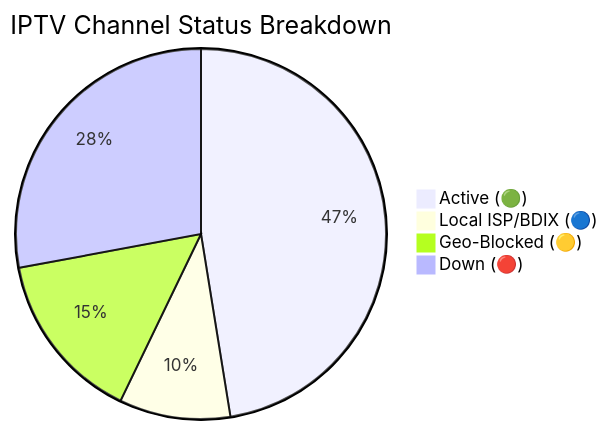
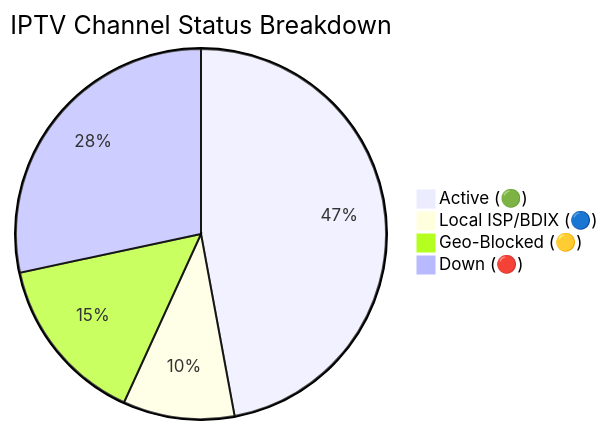
One commit to f6388600-ai/Web changed the diagram in README.md. Above: the diagram before and after it, drawn with Mermaid. The commit also changed other lines of this file and 6 other files, not shown here.

````diff
--- a/README.md
+++ b/README.md
@@ -149,7 +149,7 @@
 ```mermaid
 pie title IPTV Channel Status Breakdown
-    "Active (🟢)" : 8110
-    "Local ISP/BDIX (🔵)" : 1658
-    "Geo-Blocked (🟡)" : 2549
-    "Down (🔴)" : 4773
+    "Active (🟢)" : 8053
+    "Local ISP/BDIX (🔵)" : 1664
+    "Geo-Blocked (🟡)" : 2535
+    "Down (🔴)" : 4848
 ```
````
